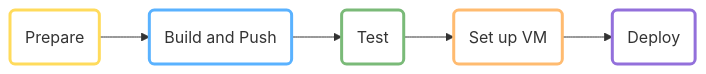
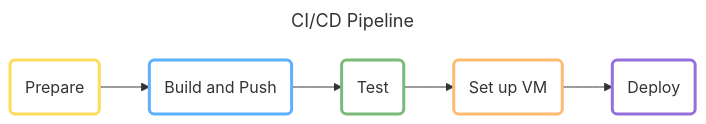
One commit to DevOps-2024-group-p/maxitwit changed the fifth of 9 diagrams in report/report.md. Above: the diagram before and after it, drawn with Mermaid. The commit also changed other lines of this file, not shown here.

````diff
--- a/report/report.md
+++ b/report/report.md
@@ -222,13 +222,16 @@
-```{.mermaid #fig:cicd caption="CI/CD Pipeline"}
+```mermaid
+---
+title: CI/CD Pipeline
+---
 flowchart LR
         id0("Prepare")-->id1("Build and Push")
         id1-->id2("Test")
         id2-->id3("Set up VM")
         id3-->id4("Deploy")
 
         style id0 stroke:#FFDB5C, stroke-width:3px, fill:#FFFFFF
         style id1 stroke:#5AB2FF, stroke-width:3px, fill:#FFFFFF
         style id2 stroke:#7ABA78, stroke-width:3px, fill:#FFFFFF
         style id3 stroke:#FFBB70, stroke-width:3px, fill:#FFFFFF
         style id4 stroke-width:3px, fill:#FFFFFF
 ```
````
